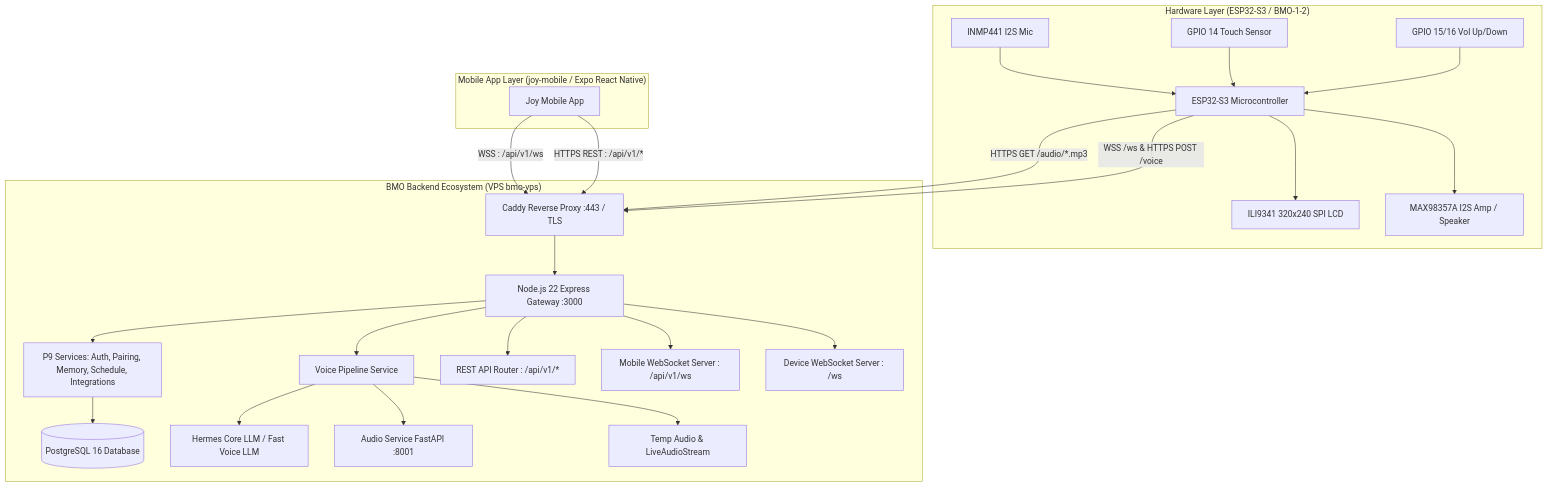
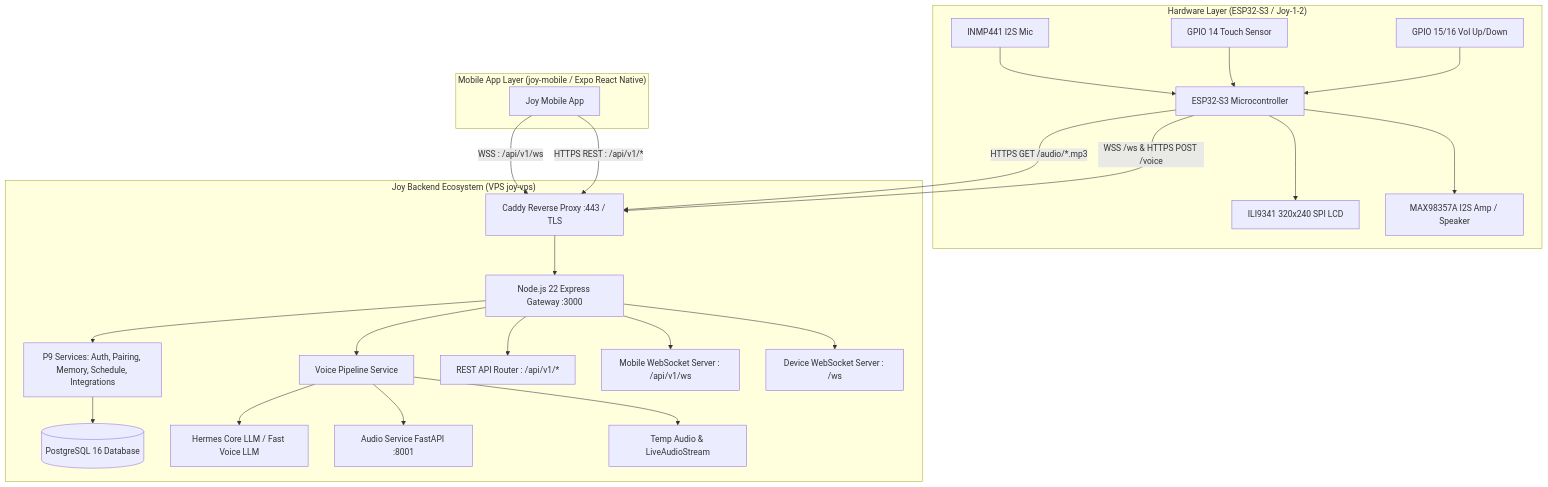
One commit to niefaviolenic/BMO-1-2 changed the first of 3 diagrams in docs-config-ESPtoBACKEND/08-ECOSYSTEM-INTEGRATION-GUIDE.md. Above: the diagram before and after it, drawn with Mermaid. The commit also changed other lines of this file and 29 other files, not shown here.

````diff
--- a/docs-config-ESPtoBACKEND/08-ECOSYSTEM-INTEGRATION-GUIDE.md
+++ b/docs-config-ESPtoBACKEND/08-ECOSYSTEM-INTEGRATION-GUIDE.md
@@ -11,50 +11,50 @@
 ```mermaid
 graph TD
-    subgraph Hardware ["Hardware Layer (ESP32-S3 / BMO-1-2)"]
+    subgraph Hardware ["Hardware Layer (ESP32-S3 / Joy-1-2)"]
         ESP[ESP32-S3 Microcontroller]
         MIC[INMP441 I2S Mic] --> ESP
         ESP --> AMP[MAX98357A I2S Amp / Speaker]
         ESP --> LCD[ILI9341 320x240 SPI LCD]
         TOUCH[GPIO 14 Touch Sensor] --> ESP
         BTN[GPIO 15/16 Vol Up/Down] --> ESP
     end
 
-    subgraph Backend ["BMO Backend Ecosystem (VPS bmo-vps)"]
+    subgraph Backend ["Joy Backend Ecosystem (VPS joy-vps)"]
         CADDY[Caddy Reverse Proxy :443 / TLS]
         GATEWAY[Node.js 22 Express Gateway :3000]
         CADDY --> GATEWAY
         
         WSS_DEV[Device WebSocket Server : /ws]
         WSS_MOB[Mobile WebSocket Server : /api/v1/ws]
         REST_API[REST API Router : /api/v1/*]
         
         GATEWAY --> WSS_DEV
         GATEWAY --> WSS_MOB
         GATEWAY --> REST_API
 
         PIPE[Voice Pipeline Service]
         TEMP_AUDIO[Temp Audio & LiveAudioStream]
         P9_SERVICES[P9 Services: Auth, Pairing, Memory, Schedule, Integrations]
         DB[(PostgreSQL 16 Database)]
         
         GATEWAY --> PIPE
         GATEWAY --> P9_SERVICES
         P9_SERVICES --> DB
         PIPE --> TEMP_AUDIO
 
         AUDIO_SVC[Audio Service FastAPI :8001]
         HERMES_LLM[Hermes Core LLM / Fast Voice LLM]
         
         PIPE --> AUDIO_SVC
         PIPE --> HERMES_LLM
     end
 
     subgraph Mobile ["Mobile App Layer (joy-mobile / Expo React Native)"]
         MOB_APP[Joy Mobile App]
         MOB_APP -->|HTTPS REST : /api/v1/*| CADDY
         MOB_APP -->|WSS : /api/v1/ws| CADDY
     end
 
     ESP -->|WSS /ws & HTTPS POST /voice| CADDY
     ESP -->|HTTPS GET /audio/*.mp3| CADDY
 ```
````
